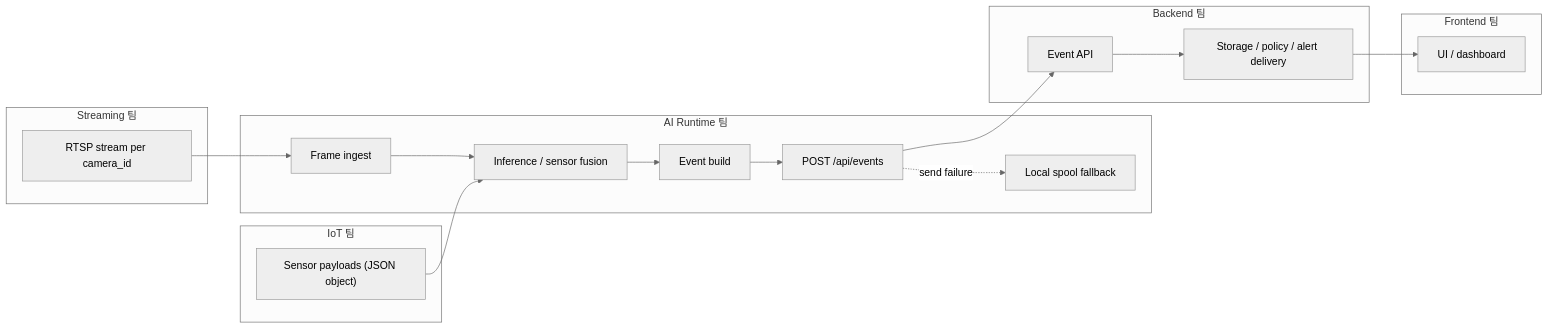
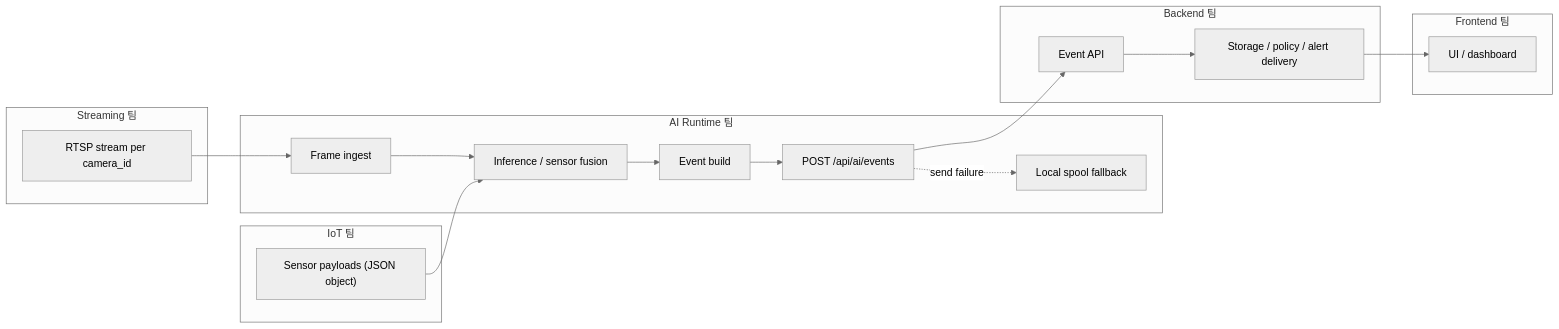
One commit to Capstone-Bug24/be-ai-endpoint changed the diagram in docs/shared/architecture.md. Above: the diagram before and after it, drawn with Mermaid (neutral theme). The commit also changed 23 other files, not shown here.

````diff
--- a/docs/shared/architecture.md
+++ b/docs/shared/architecture.md
@@ -5,35 +5,35 @@
 ```mermaid
 flowchart LR
     subgraph Streaming["Streaming 팀"]
         S1["RTSP stream per camera_id"]
     end
 
     subgraph IoT["IoT 팀"]
         I1["Sensor payloads (JSON object)"]
     end
 
     subgraph AI["AI Runtime 팀"]
         A1["Frame ingest"]
         A2["Inference / sensor fusion"]
         A3["Event build"]
-        A4["POST /api/events"]
+        A4["POST /api/ai/events"]
         A5["Local spool fallback"]
         A1 --> A2 --> A3 --> A4
         A4 -. send failure .-> A5
     end
 
     subgraph Backend["Backend 팀"]
         B1["Event API"]
         B2["Storage / policy / alert delivery"]
         B1 --> B2
     end
 
     subgraph Frontend["Frontend 팀"]
         F1["UI / dashboard"]
     end
 
     S1 --> A1
     I1 --> A2
     A4 --> B1
     B2 --> F1
 ```
````
